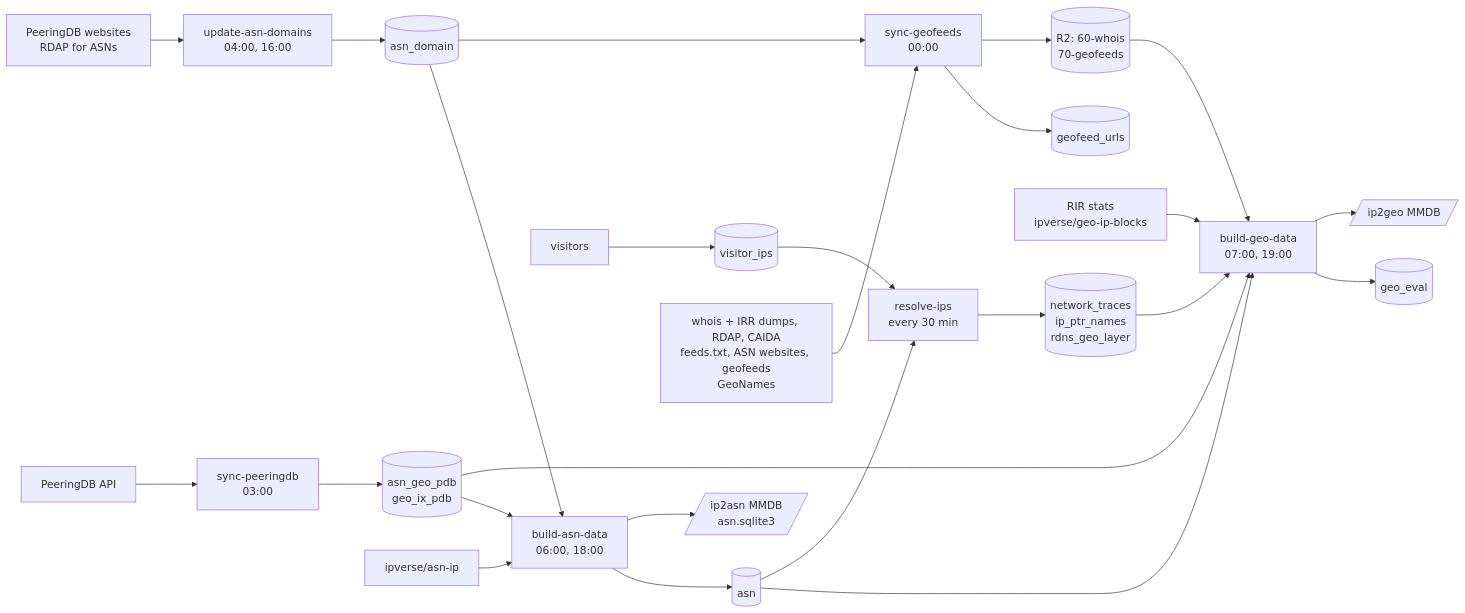
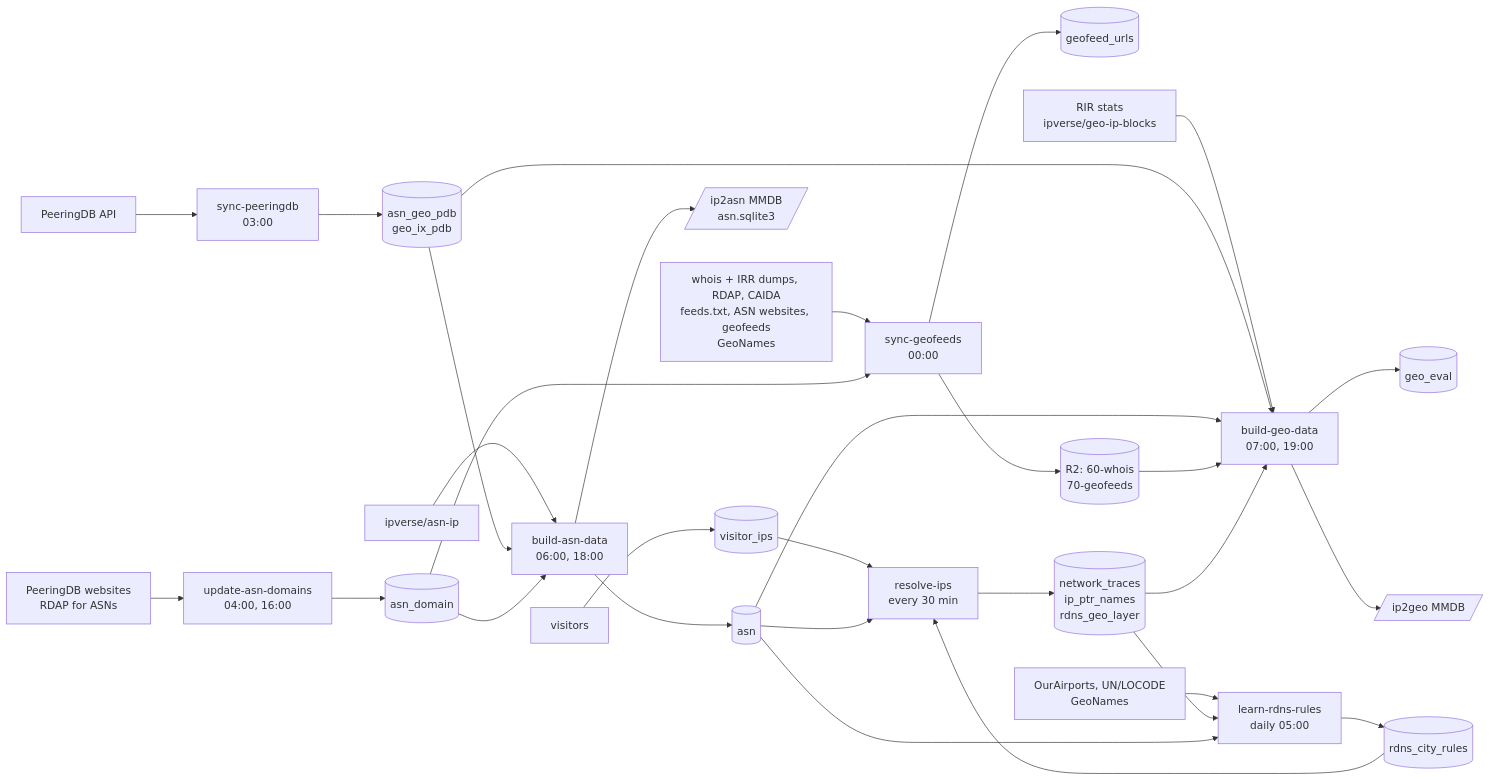
The diagram in docs/pipeline.md (shingrus/openipdata.org), drawn with Mermaid before and after one commit. The commit also changed other lines of this file and 31 other files, not shown here.

````diff
--- a/docs/pipeline.md
+++ b/docs/pipeline.md
@@ -9,27 +9,32 @@
 ```mermaid
 flowchart LR
   pdbapi[PeeringDB API] --> pdb[sync-peeringdb<br/>03:00]
   pdb --> t_pdb[(asn_geo_pdb<br/>geo_ix_pdb)]
   rdapasn[PeeringDB websites<br/>RDAP for ASNs] --> dom[update-asn-domains<br/>04:00, 16:00]
   dom --> t_dom[(asn_domain)]
   asnip[ipverse/asn-ip] --> asn[build-asn-data<br/>06:00, 18:00]
   t_pdb --> asn
   t_dom --> asn
   asn --> t_asn[(asn)]
   asn --> pub_asn[/ip2asn MMDB<br/>asn.sqlite3/]
   whois[whois + IRR dumps, RDAP, CAIDA<br/>feeds.txt, ASN websites, geofeeds<br/>GeoNames] --> gf[sync-geofeeds<br/>00:00]
   t_dom --> gf
   gf --> t_gf[(geofeed_urls)]
   gf --> r2[(R2: 60-whois<br/>70-geofeeds)]
   rir[RIR stats<br/>ipverse/geo-ip-blocks] --> geo[build-geo-data<br/>07:00, 19:00]
   t_pdb --> geo
   t_asn --> geo
   r2 --> geo
   geo --> t_eval[(geo_eval)]
   geo --> pub_geo[/ip2geo MMDB/]
   visitors[visitors] --> t_vis[(visitor_ips)]
   t_vis --> rd[resolve-ips<br/>every 30 min]
   t_asn --> rd
   rd --> t_rd[(network_traces<br/>ip_ptr_names<br/>rdns_geo_layer)]
   t_rd --> geo
+  places[OurAirports, UN/LOCODE<br/>GeoNames] --> learn[learn-rdns-rules<br/>daily 05:00]
+  t_rd --> learn
+  t_asn --> learn
+  learn --> t_rules[(rdns_city_rules)]
+  t_rules --> rd
 ```
````
